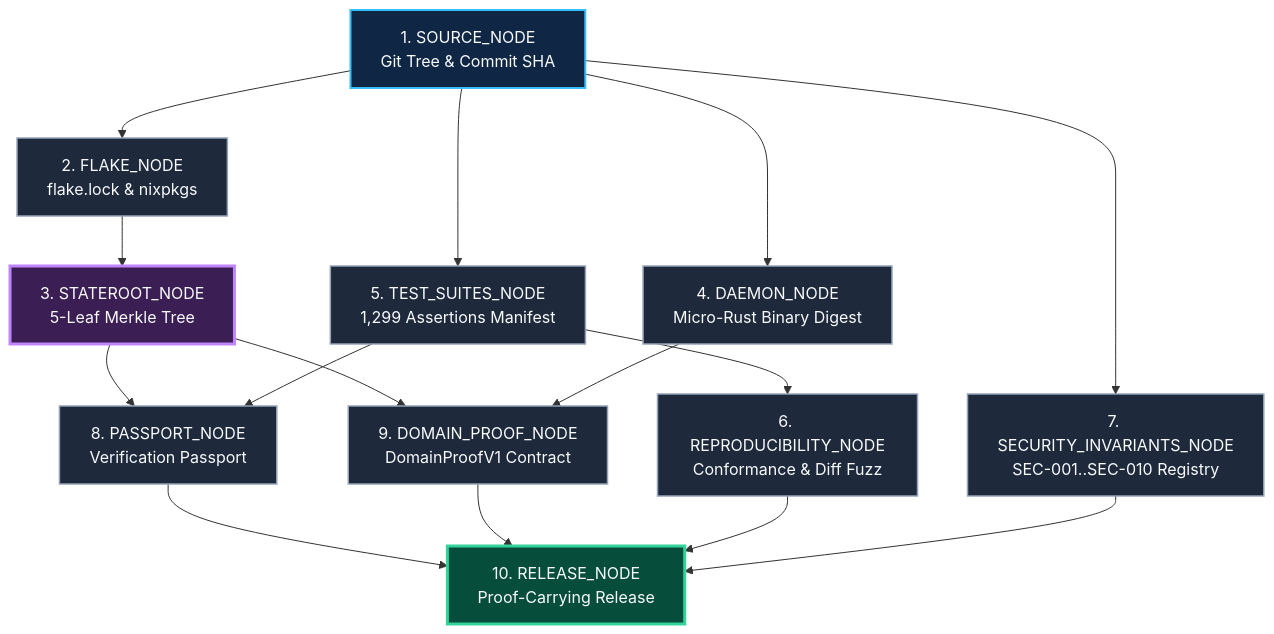
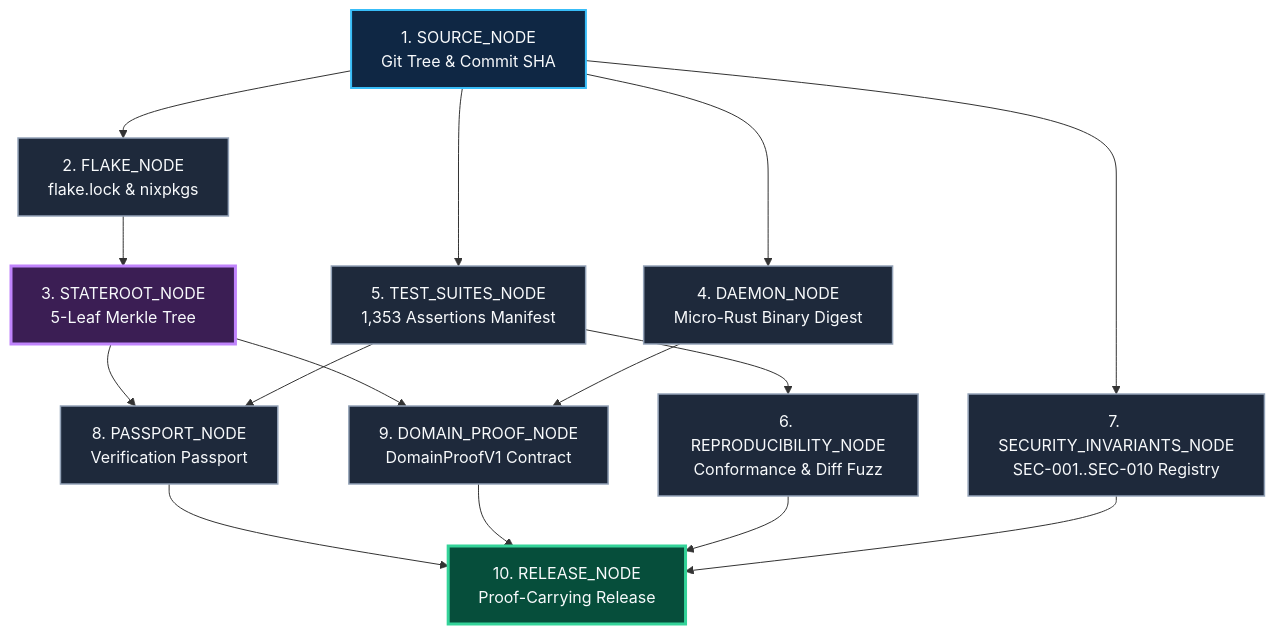
One commit to adamriofc/NeuronixOS changed the seventh of 7 diagrams in README.md. Above: the diagram before and after it, drawn with Mermaid. The commit also changed other lines of this file and 1 other file, not shown here.

Commit message:
docs(release): synchronize documentation and qualification report to 1353 assertions and certified CI runs

````diff
--- a/README.md
+++ b/README.md
@@ -1100,27 +1100,27 @@
 ```mermaid
 flowchart TD
     SOURCE["1. SOURCE_NODE<br>Git Tree & Commit SHA"]:::rootNode --> FLAKE["2. FLAKE_NODE<br>flake.lock & nixpkgs"]:::midNode
-    SOURCE --> TEST["5. TEST_SUITES_NODE<br>1,299 Assertions Manifest"]:::midNode
+    SOURCE --> TEST["5. TEST_SUITES_NODE<br>1,353 Assertions Manifest"]:::midNode
     SOURCE --> INVARIANTS["7. SECURITY_INVARIANTS_NODE<br>SEC-001..SEC-010 Registry"]:::midNode
     
     FLAKE --> STATE["3. STATEROOT_NODE<br>5-Leaf Merkle Tree"]:::stateNode
     SOURCE --> DAEMON["4. DAEMON_NODE<br>Micro-Rust Binary Digest"]:::midNode
     
     TEST --> REPRO["6. REPRODUCIBILITY_NODE<br>Conformance & Diff Fuzz"]:::midNode
     
     STATE --> PASSPORT["8. PASSPORT_NODE<br>Verification Passport"]:::midNode
     TEST --> PASSPORT
     
     STATE --> DOMAIN["9. DOMAIN_PROOF_NODE<br>DomainProofV1 Contract"]:::midNode
     DAEMON --> DOMAIN
     
     PASSPORT --> RELEASE["10. RELEASE_NODE<br>Proof-Carrying Release"]:::releaseNode
     DOMAIN --> RELEASE
     REPRO --> RELEASE
     INVARIANTS --> RELEASE
 
     classDef rootNode fill:#0f2744,stroke:#38bdf8,stroke-width:2px,color:#f8fafc;
     classDef midNode fill:#1e293b,stroke:#94a3b8,stroke-width:1.5px,color:#f8fafc;
     classDef stateNode fill:#3b1e54,stroke:#c084fc,stroke-width:3px,color:#f8fafc;
     classDef releaseNode fill:#064e3b,stroke:#34d399,stroke-width:3px,color:#f8fafc;
 ```
````
